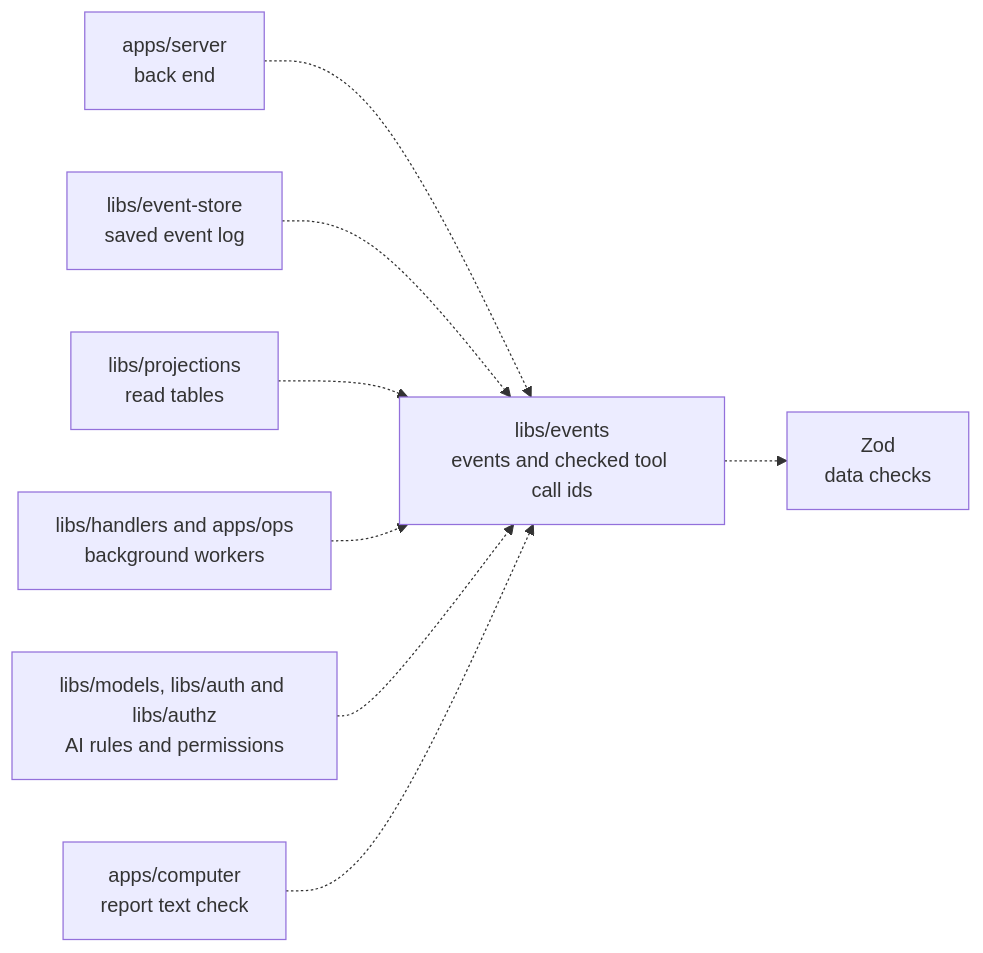
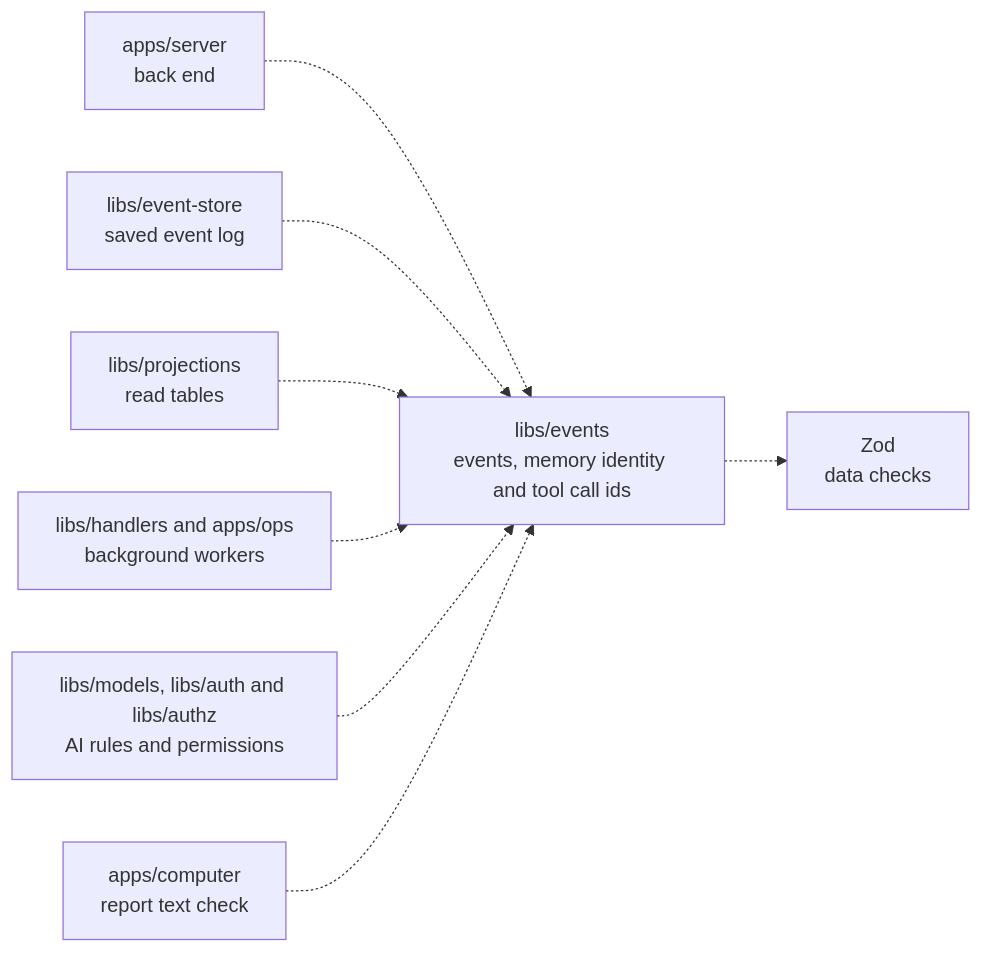
One commit to elewa-git/opencrane-new changed the diagram in libs/events/README.md. Above: the diagram before and after it, drawn with Mermaid. The commit also changed other lines of this file and 18 other files, not shown here.

````diff
--- a/libs/events/README.md
+++ b/libs/events/README.md
@@ -22,10 +22,10 @@
 ```mermaid
 flowchart LR
-  server["apps/server<br/>back end"] -.-> events["libs/events<br/>events and checked tool call ids"]
+  server["apps/server<br/>back end"] -.-> events["libs/events<br/>events, memory identity and tool call ids"]
   store["libs/event-store<br/>saved event log"] -.-> events
   projections["libs/projections<br/>read tables"] -.-> events
   workers["libs/handlers and apps/ops<br/>background workers"] -.-> events
   others["libs/models, libs/auth and libs/authz<br/>AI rules and permissions"] -.-> events
   computer["apps/computer<br/>report text check"] -.-> events
   events -.-> zod["Zod<br/>data checks"]
 ```
````
